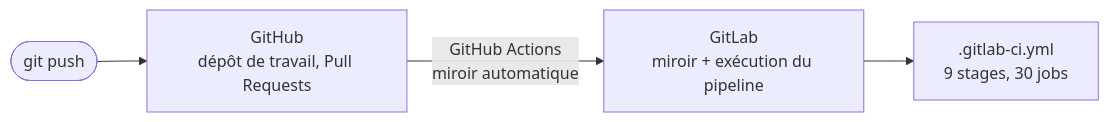
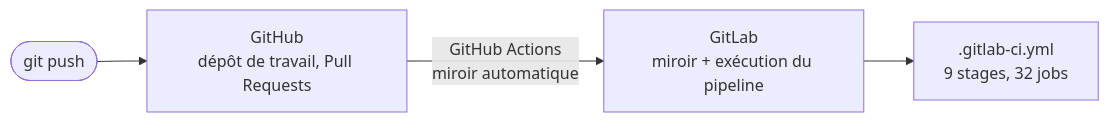
The fifth of 8 diagrams in ARCHITECTURE.md (TedPasquiet/G-rez-le-cycle-de-vie-de-d-veloppement-logiciel), drawn with Mermaid before and after one commit. The commit also changed other lines of this file and 23 other files, not shown here.

````diff
--- a/ARCHITECTURE.md
+++ b/ARCHITECTURE.md
@@ -186,6 +186,6 @@
 ```mermaid
 flowchart LR
     dev([git push]) --> gh[GitHub<br/>dépôt de travail, Pull Requests]
     gh -->|GitHub Actions<br/>miroir automatique| gl[GitLab<br/>miroir + exécution du pipeline]
-    gl --> ci[".gitlab-ci.yml<br/>9 stages, 30 jobs"]
+    gl --> ci[".gitlab-ci.yml<br/>9 stages, 32 jobs"]
 ```
````
